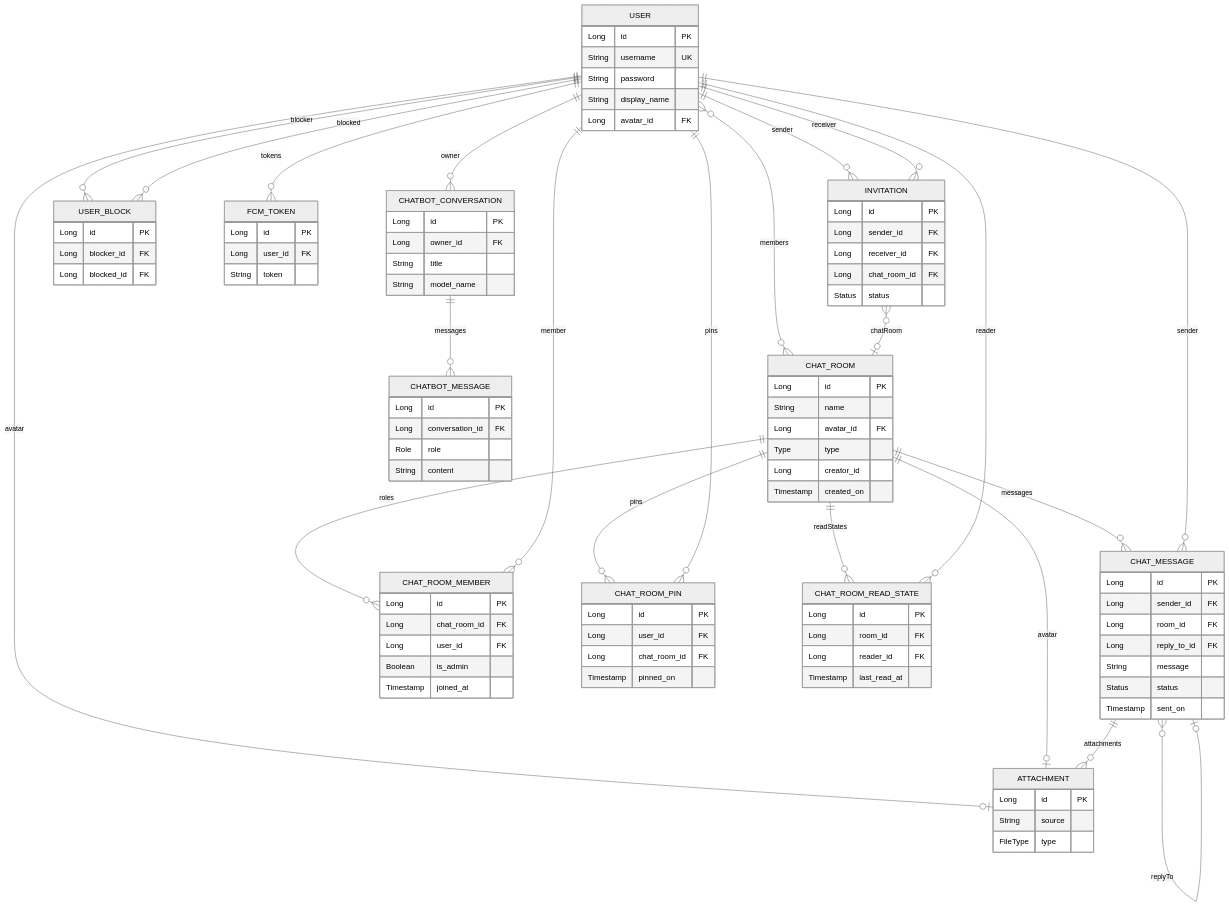
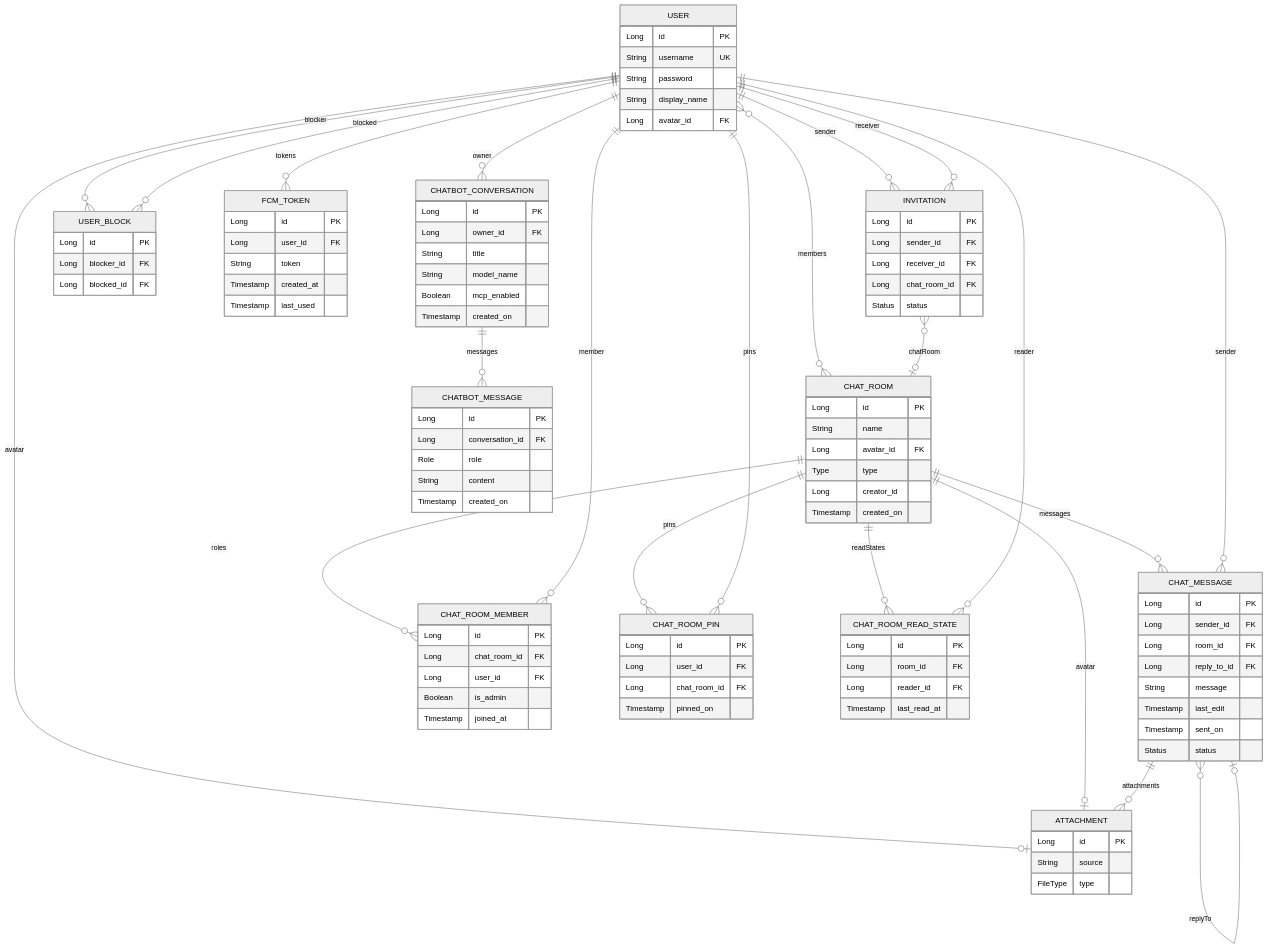
Before and after one commit to HiepNguyen284/chatapp: the eighth of 10 diagrams in bao_cao_thanh_vien_3.md, drawn with Mermaid (neutral theme). The commit also changed other lines of this file and 4473 other files, not shown here.

```diff
--- a/bao_cao_thanh_vien_3.md
+++ b/bao_cao_thanh_vien_3.md
@@ -824,6 +867,8 @@
         Long id PK
         Long user_id FK
         String token
+        Timestamp created_at
+        Timestamp last_used
     }
     CHAT_ROOM {
         Long id PK
@@ -839,8 +884,9 @@
         Long room_id FK
         Long reply_to_id FK
         String message
+        Timestamp last_edit
+        Timestamp sent_on
         Status status
-        Timestamp sent_on
     }
     CHAT_ROOM_MEMBER {
         Long id PK
@@ -866,12 +912,15 @@
         Long owner_id FK
         String title
         String model_name
+        Boolean mcp_enabled
+        Timestamp created_on
     }
     CHATBOT_MESSAGE {
         Long id PK
         Long conversation_id FK
         Role role
         String content
+        Timestamp created_on
     }
 
     USER ||--o| ATTACHMENT : "avatar"
```
